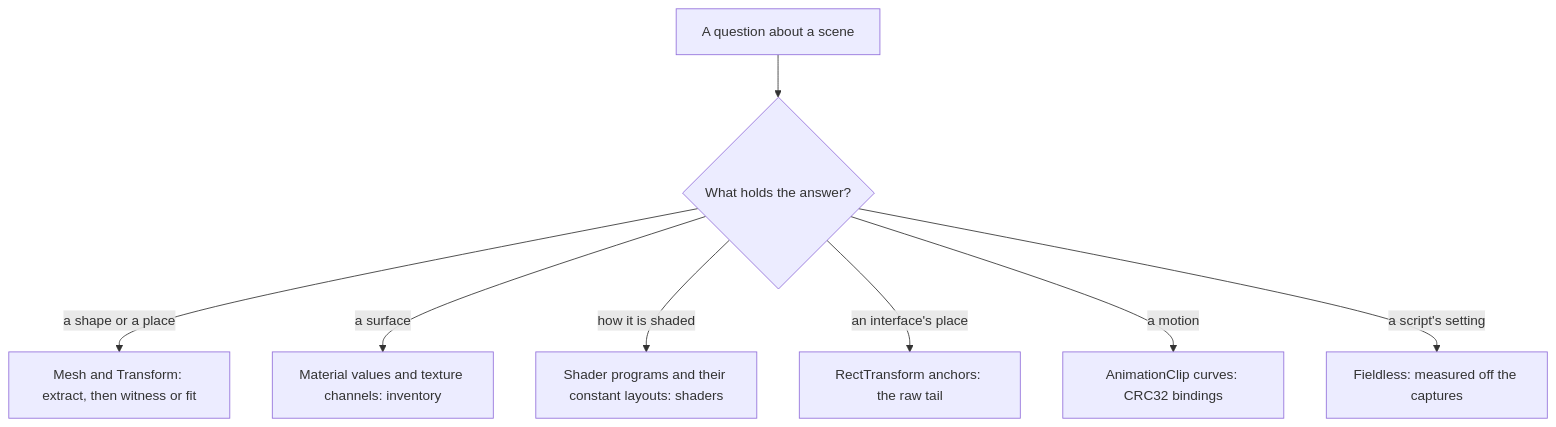
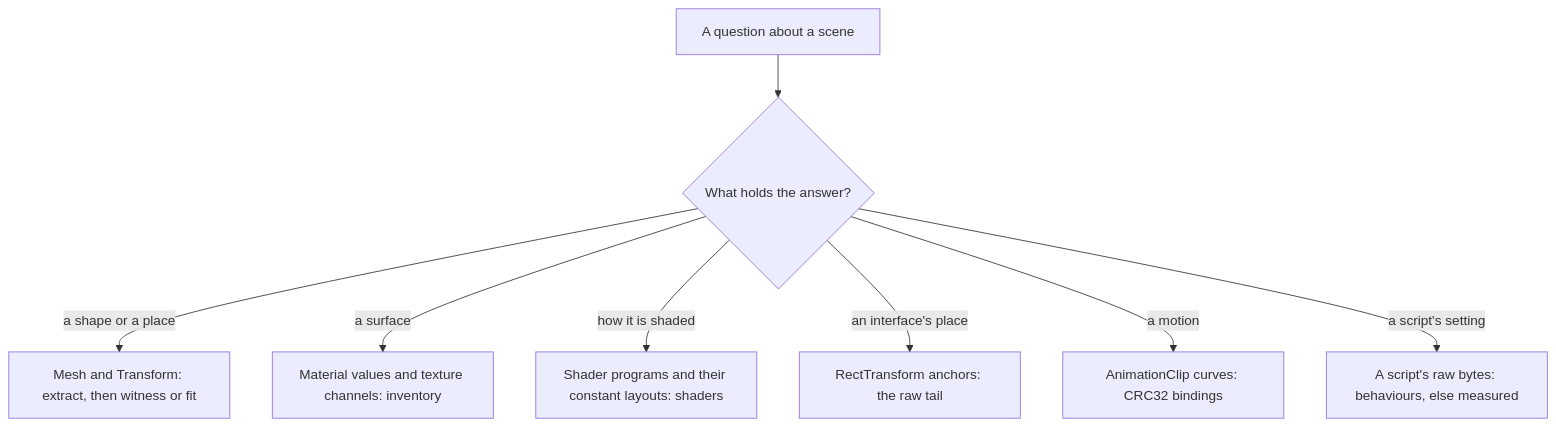
The first of 2 diagrams in apps/web/content/docs/genshin/game-data-formats.md (Esposter/Esposter), drawn with Mermaid before and after one commit. The commit also changed other lines of this file and 51 other files, not shown here.

````diff
--- a/apps/web/content/docs/genshin/game-data-formats.md
+++ b/apps/web/content/docs/genshin/game-data-formats.md
@@ -12,10 +12,10 @@
 ```mermaid
 flowchart TD
   Q[A question about a scene] --> K{What holds the answer?}
   K -->|"a shape or a place"| M["Mesh and Transform: extract, then witness or fit"]
   K -->|"a surface"| T["Material values and texture channels: inventory"]
   K -->|"how it is shaded"| S["Shader programs and their constant layouts: shaders"]
   K -->|"an interface's place"| R["RectTransform anchors: the raw tail"]
   K -->|"a motion"| C["AnimationClip curves: CRC32 bindings"]
-  K -->|"a script's setting"| F["Fieldless: measured off the captures"]
+  K -->|"a script's setting"| F["A script's raw bytes: behaviours, else measured"]
 ```
````
